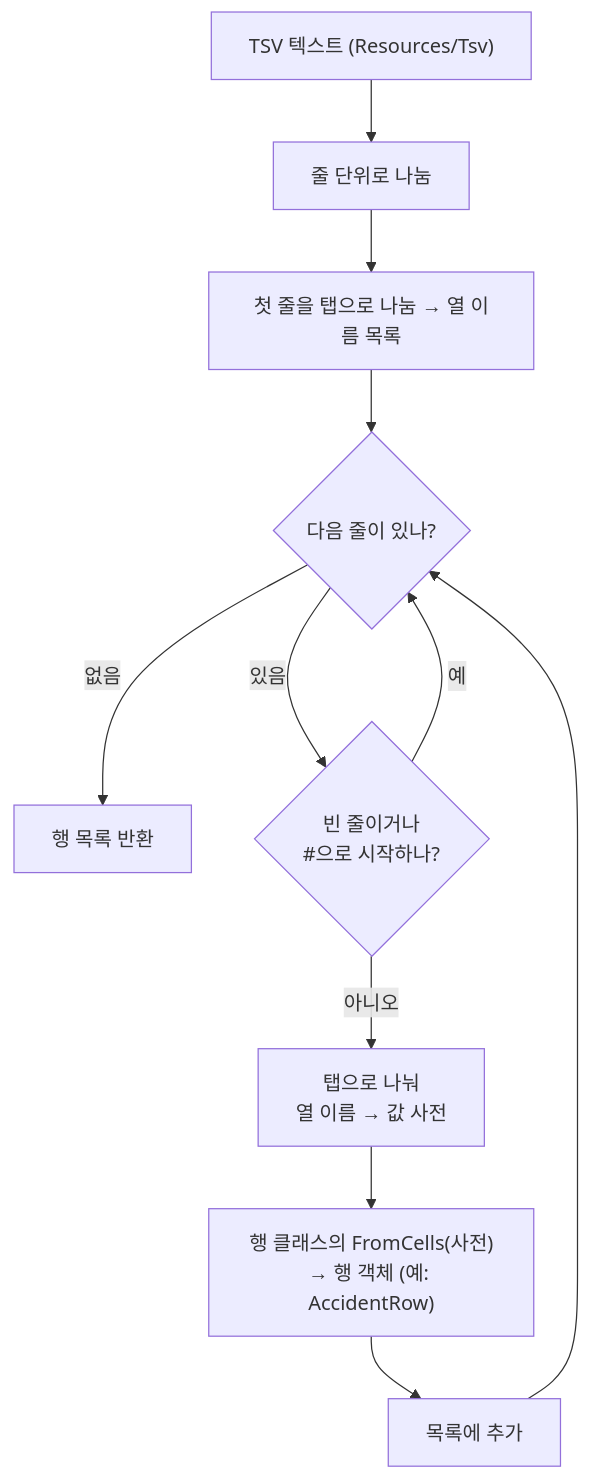
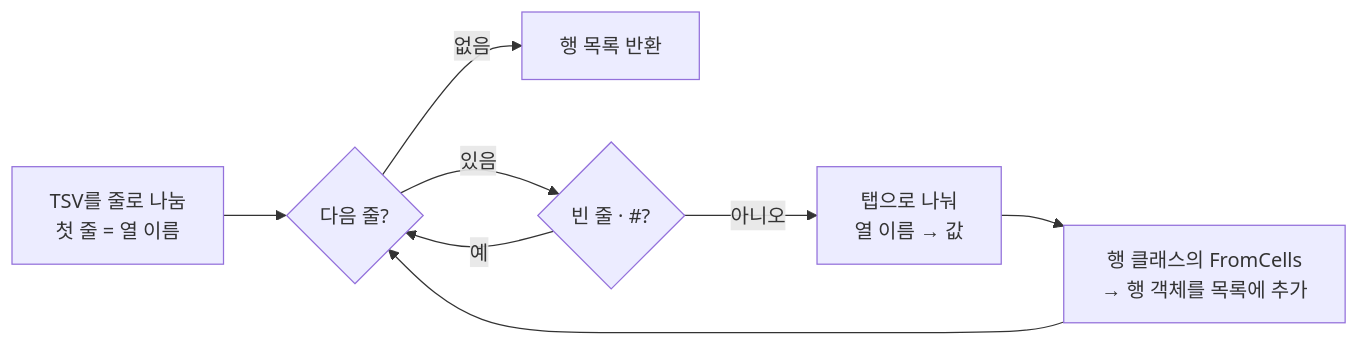
The eighth of 9 diagrams in src/OverFixed/OverFixed_기술문서.md (rlawlsdn77/portfolio), drawn with Mermaid before and after one commit. The commit also changed other lines of this file and 2 other files, not shown here.

````diff
--- a/src/OverFixed/OverFixed_기술문서.md
+++ b/src/OverFixed/OverFixed_기술문서.md
@@ -462,12 +464,10 @@
 ```mermaid
-flowchart TD
-    A["TSV 텍스트 (Resources/Tsv)"] --> B["줄 단위로 나눔"]
-    B --> C["첫 줄을 탭으로 나눔 → 열 이름 목록"]
-    C --> D{"다음 줄이 있나?"}
+flowchart LR
+    C["TSV를 줄로 나눔<br/>첫 줄 = 열 이름"] --> D{"다음 줄?"}
     D -- 없음 --> Z["행 목록 반환"]
-    D -- 있음 --> E{"빈 줄이거나<br/>#으로 시작하나?"}
+    D -- 있음 --> E{"빈 줄 · #?"}
     E -- 예 --> D
-    E -- 아니오 --> F["탭으로 나눠<br/>열 이름 → 값 사전"]
-    F --> G["행 클래스의 FromCells(사전)<br/>→ 행 객체 (예: AccidentRow)"]
-    G --> H["목록에 추가"] --> D
+    E -- 아니오 --> F["탭으로 나눠<br/>열 이름 → 값"]
+    F --> G["행 클래스의 FromCells<br/>→ 행 객체를 목록에 추가"]
+    G --> D
 ```
````
